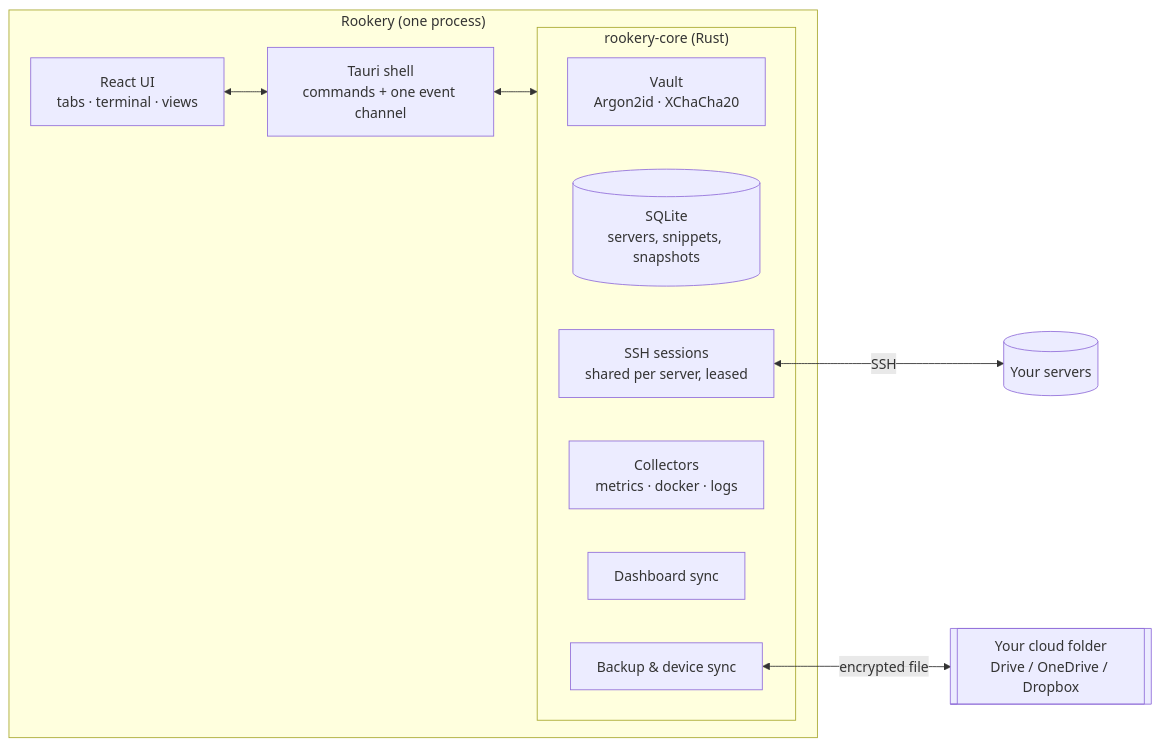
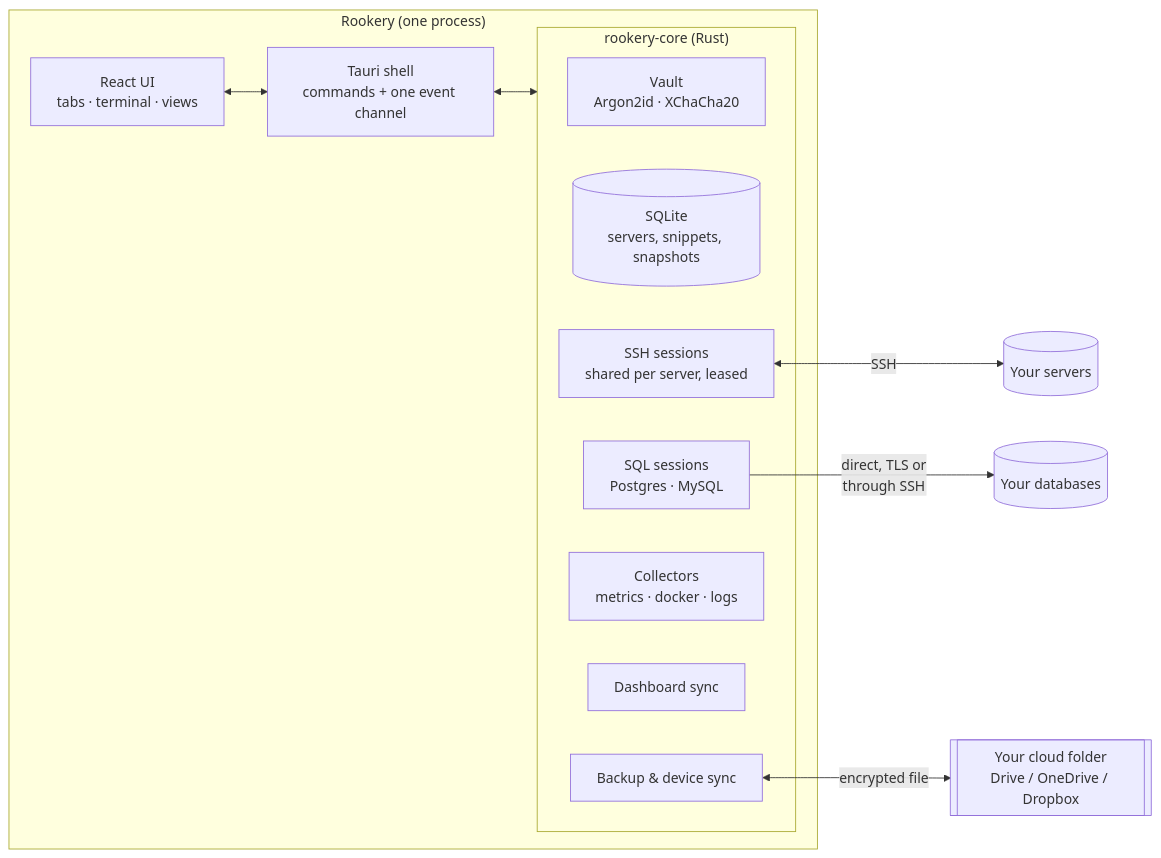
The diagram in README.md (aagzamov-dev/Rookery), drawn with Mermaid before and after one commit. The commit also changed other lines of this file and 77 other files, not shown here.

````diff
--- a/README.md
+++ b/README.md
@@ -105,18 +115,20 @@
 ```mermaid
 flowchart LR
   subgraph App["Rookery (one process)"]
     UI["React UI<br/>tabs · terminal · views"]
     T["Tauri shell<br/>commands + one event channel"]
     subgraph Core["rookery-core (Rust)"]
       V["Vault<br/>Argon2id · XChaCha20"]
       DB[("SQLite<br/>servers, snippets, snapshots")]
       S["SSH sessions<br/>shared per server, leased"]
+      Q["SQL sessions<br/>Postgres · MySQL"]
       C["Collectors<br/>metrics · docker · logs"]
       SY["Dashboard sync"]
       B["Backup & device sync"]
     end
   end
   UI <--> T <--> Core
   S <-->|SSH| SRV[(Your servers)]
+  Q -->|direct, TLS or<br/>through SSH| DBS[(Your databases)]
   B <-->|encrypted file| F[["Your cloud folder<br/>Drive / OneDrive / Dropbox"]]
 ```
````
